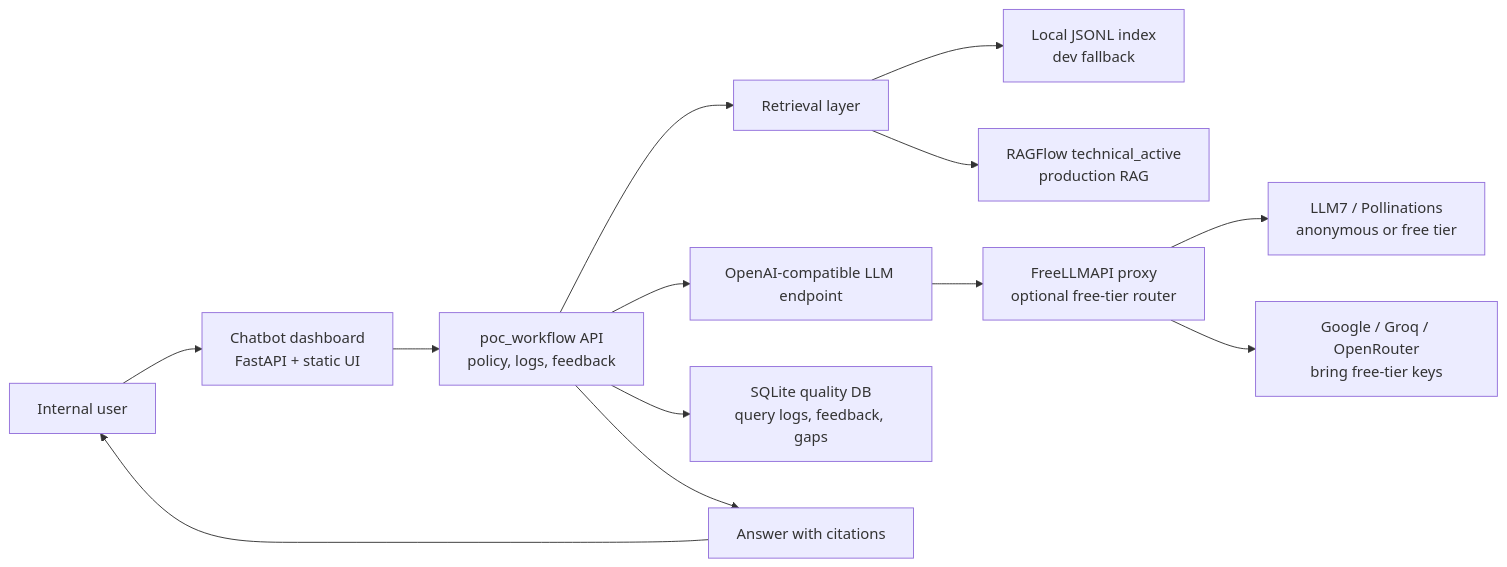
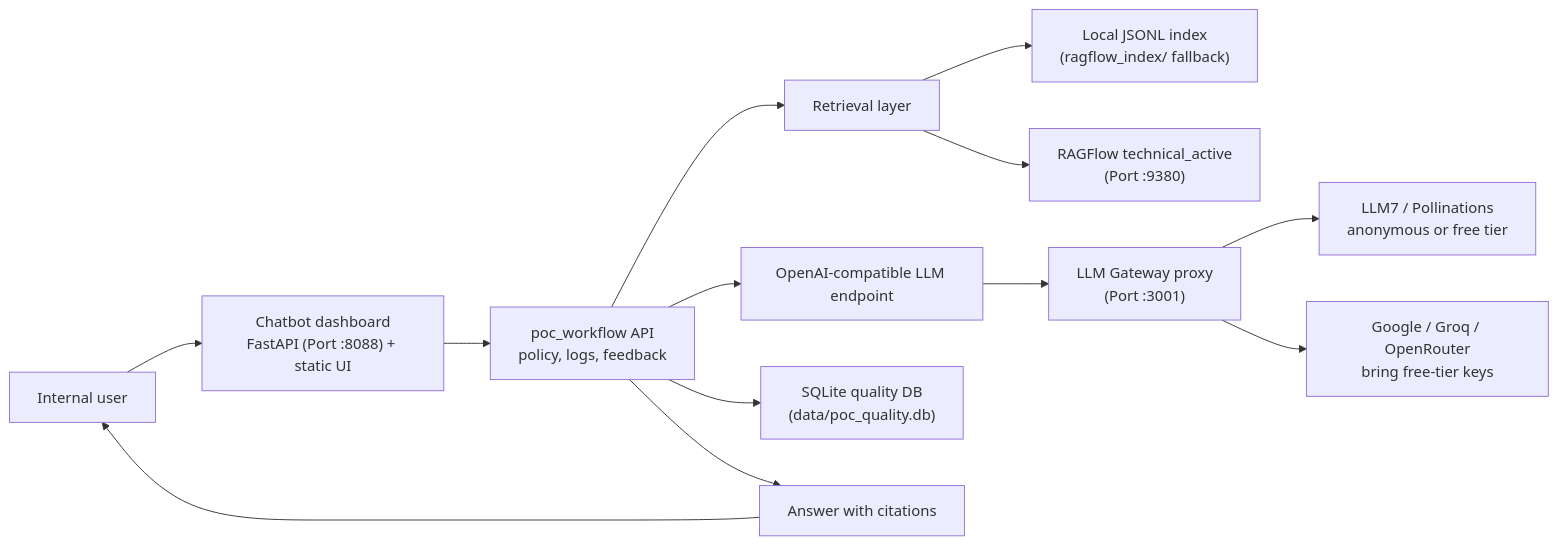
Before and after one commit to DinhLucent/chatboxRAG-enterprise: the first of 2 diagrams in docs/architecture.md, drawn with Mermaid. The commit also changed other lines of this file and 35 other files, not shown here.

Commit message:
checkpoint: Align local index, ports, Favicon & RAG Maintenance UI

````diff
--- a/docs/architecture.md
+++ b/docs/architecture.md
@@ -11,15 +11,15 @@
 ```mermaid
 flowchart LR
-    U["Internal user"] --> WEB["Chatbot dashboard<br/>FastAPI + static UI"]
+    U["Internal user"] --> WEB["Chatbot dashboard<br/>FastAPI (Port :8088) + static UI"]
     WEB --> APP["poc_workflow API<br/>policy, logs, feedback"]
     APP --> RET["Retrieval layer"]
-    RET --> LOCAL["Local JSONL index<br/>dev fallback"]
-    RET --> RAG["RAGFlow technical_active<br/>production RAG"]
+    RET --> LOCAL["Local JSONL index<br/>(ragflow_index/ fallback)"]
+    RET --> RAG["RAGFlow technical_active<br/>(Port :9380)"]
     APP --> LLM["OpenAI-compatible LLM endpoint"]
-    LLM --> FREE["FreeLLMAPI proxy<br/>optional free-tier router"]
+    LLM --> FREE["LLM Gateway proxy<br/>(Port :3001)"]
     FREE --> P1["LLM7 / Pollinations<br/>anonymous or free tier"]
     FREE --> P2["Google / Groq / OpenRouter<br/>bring free-tier keys"]
-    APP --> QDB["SQLite quality DB<br/>query logs, feedback, gaps"]
+    APP --> QDB["SQLite quality DB<br/>(data/poc_quality.db)"]
     APP --> UI["Answer with citations"]
     UI --> U
 ```
````
